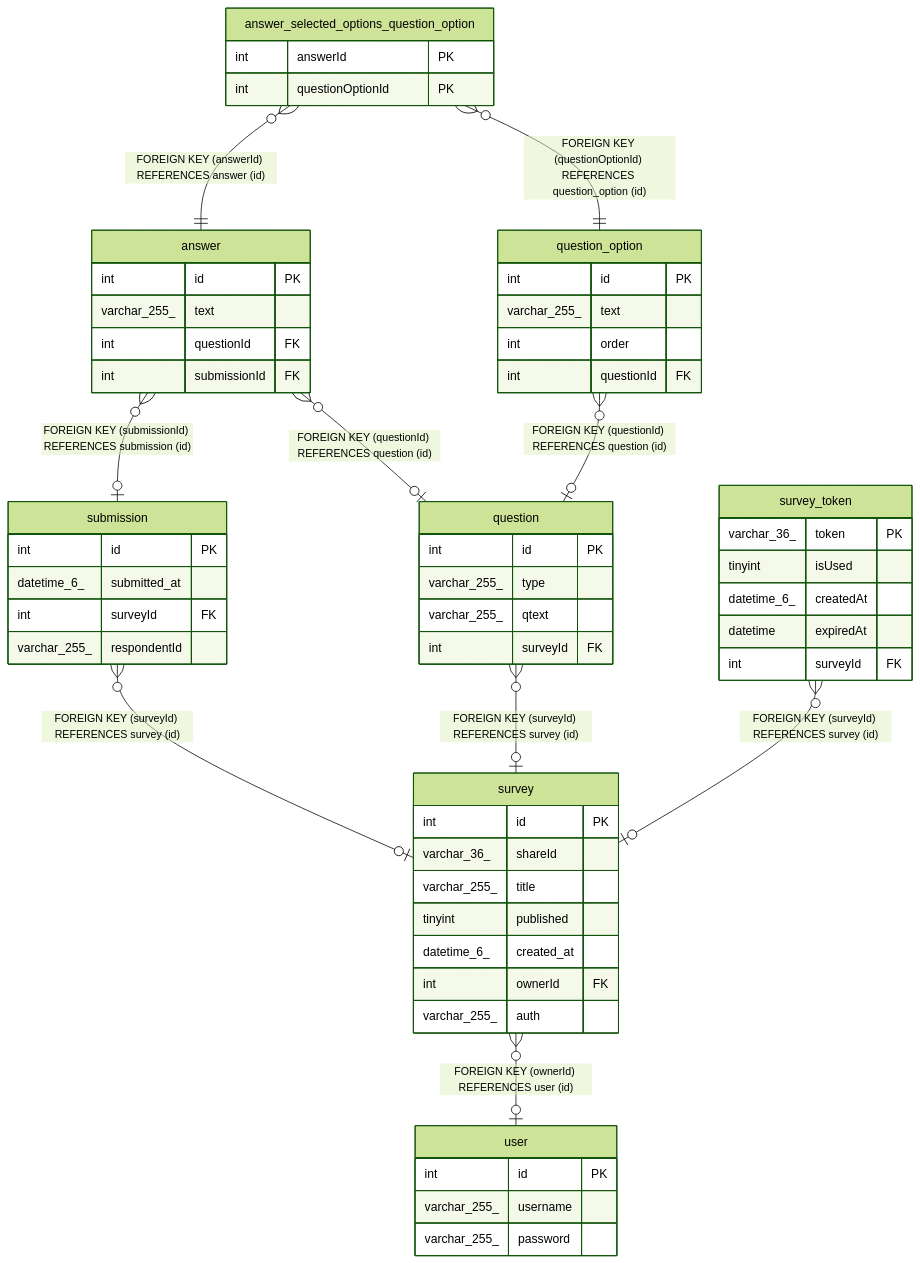
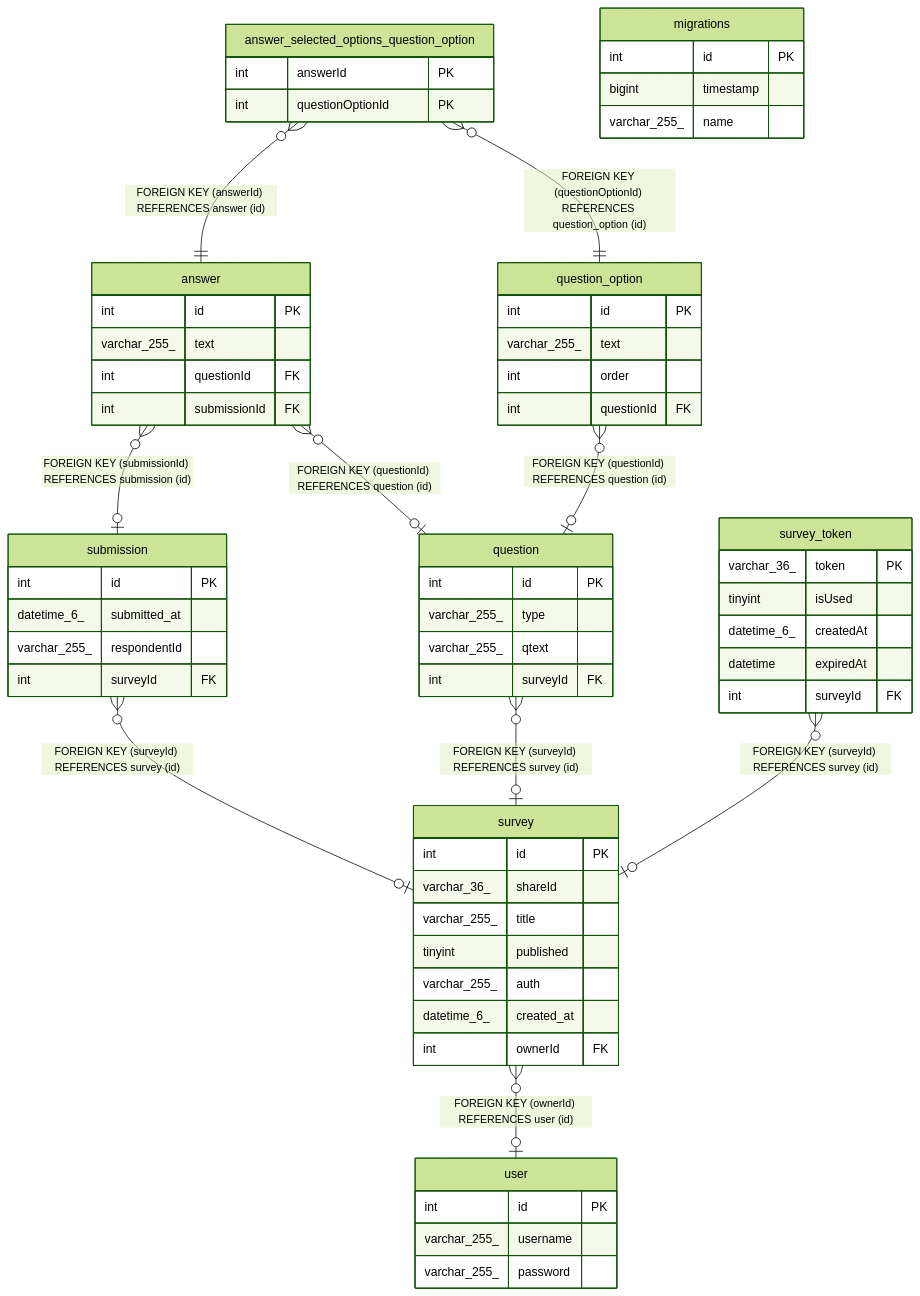
One commit to BepHblVI/First-nest changed the diagram in docs/database/README.md. Above: the diagram before and after it, drawn with Mermaid (forest theme). The commit also changed other lines of this file and 17 other files, not shown here.

````diff
--- a/docs/database/README.md
+++ b/docs/database/README.md
@@ -18,63 +19,68 @@
 ```mermaid
 erDiagram
 
 "answer" }o--o| "submission" : "FOREIGN KEY (submissionId) REFERENCES submission (id)"
 "answer" }o--o| "question" : "FOREIGN KEY (questionId) REFERENCES question (id)"
 "answer_selected_options_question_option" }o--|| "answer" : "FOREIGN KEY (answerId) REFERENCES answer (id)"
 "answer_selected_options_question_option" }o--|| "question_option" : "FOREIGN KEY (questionOptionId) REFERENCES question_option (id)"
 "question" }o--o| "survey" : "FOREIGN KEY (surveyId) REFERENCES survey (id)"
 "question_option" }o--o| "question" : "FOREIGN KEY (questionId) REFERENCES question (id)"
 "submission" }o--o| "survey" : "FOREIGN KEY (surveyId) REFERENCES survey (id)"
 "survey" }o--o| "user" : "FOREIGN KEY (ownerId) REFERENCES user (id)"
 "survey_token" }o--o| "survey" : "FOREIGN KEY (surveyId) REFERENCES survey (id)"
 
 "answer" {
   int id PK
   varchar_255_ text
   int questionId FK
   int submissionId FK
 }
 "answer_selected_options_question_option" {
   int answerId PK
   int questionOptionId PK
 }
+"migrations" {
+  int id PK
+  bigint timestamp
+  varchar_255_ name
+}
 "question" {
   int id PK
   varchar_255_ type
   varchar_255_ qtext
   int surveyId FK
 }
 "question_option" {
   int id PK
   varchar_255_ text
   int order
   int questionId FK
 }
 "submission" {
   int id PK
   datetime_6_ submitted_at
+  varchar_255_ respondentId
   int surveyId FK
-  varchar_255_ respondentId
 }
 "survey" {
   int id PK
   varchar_36_ shareId
   varchar_255_ title
   tinyint published
+  varchar_255_ auth
   datetime_6_ created_at
   int ownerId FK
-  varchar_255_ auth
 }
 "survey_token" {
   varchar_36_ token PK
   tinyint isUsed
   datetime_6_ createdAt
   datetime expiredAt
   int surveyId FK
 }
 "user" {
   int id PK
   varchar_255_ username
   varchar_255_ password
 }
 ```
````
